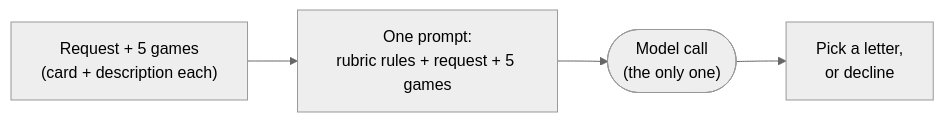
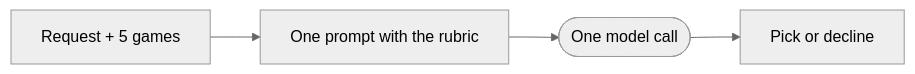
Before and after one commit to larissapaola1/eais-project-1: the first of 2 diagrams in README.md, drawn with Mermaid (neutral theme). The commit also changed other lines of this file, not shown here.

Commit message:
v10: README tables and diagrams easier to read

````diff
--- a/README.md
+++ b/README.md
@@ -103,6 +112,7 @@
 ```mermaid
+%%{init: {"flowchart": {"htmlLabels": false}}}%%
 flowchart LR
-    R["Request + 5 games<br/>(card + description each)"] --> P["One prompt:<br/>rubric rules + request + 5 games"]
-    P --> M(["Model call<br/>(the only one)"])
-    M --> A["Pick a letter,<br/>or decline"]
+    R["Request + 5 games"] --> P["One prompt with the rubric"]
+    P --> M(["One model call"])
+    M --> A["Pick or decline"]
 ```
````
